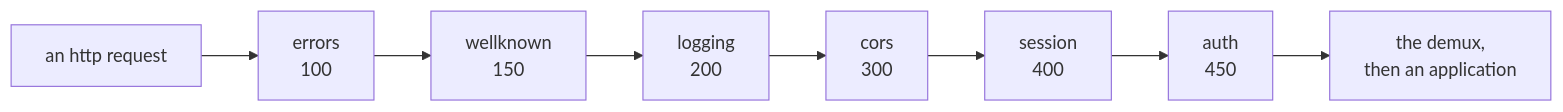
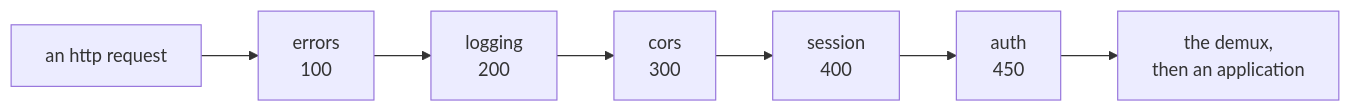
One commit to genropy/genro-asgi changed the diagram in internals/10_server/030_middleware/design.md. Above: the diagram before and after it, drawn with Mermaid. The commit also changed other lines of this file and 9 other files, not shown here.

````diff
--- a/internals/10_server/030_middleware/design.md
+++ b/internals/10_server/030_middleware/design.md
@@ -39,10 +39,9 @@
 ```mermaid
 flowchart LR
     REQ["an http request"] --> E["errors<br/>100"]
-    E --> W["wellknown<br/>150"]
-    W --> L["logging<br/>200"]
+    E --> L["logging<br/>200"]
     L --> C["cors<br/>300"]
     C --> S["session<br/>400"]
     S --> A["auth<br/>450"]
     A --> D["the demux,<br/>then an application"]
 ```
````
